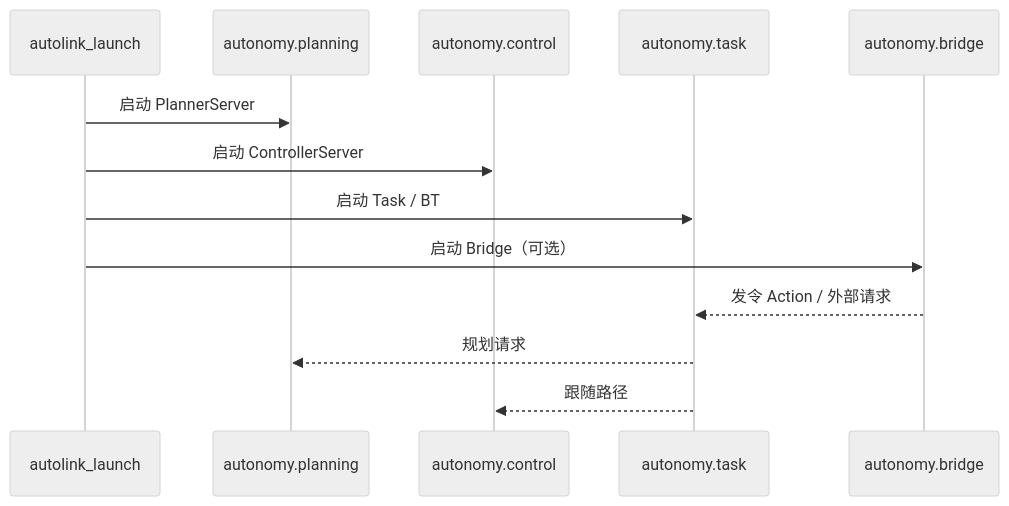
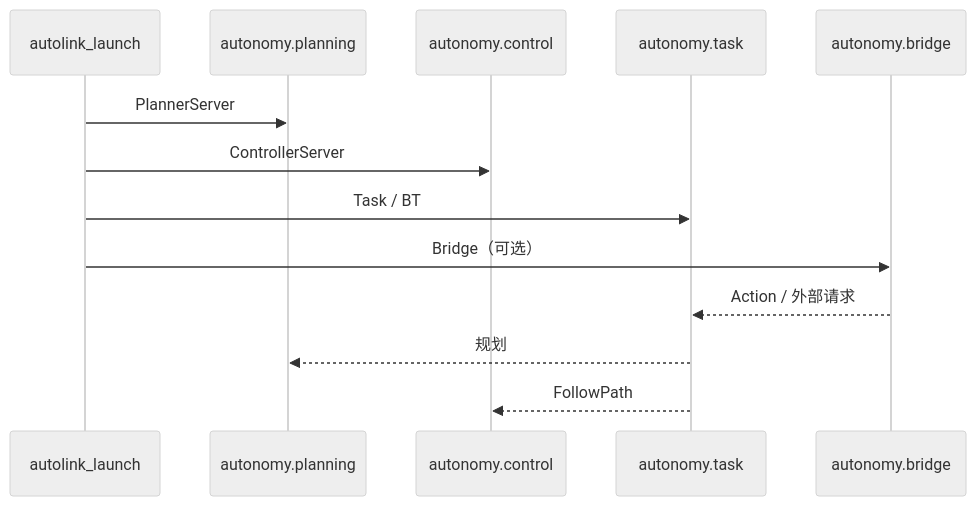
Before and after one commit to quandy2020/autonomy: the diagram in docs/source/05_Framework/03_architecture.md, drawn with Mermaid (neutral theme). The commit also changed other lines of this file and 278 other files, not shown here.

````diff
--- a/docs/source/05_Framework/03_architecture.md
+++ b/docs/source/05_Framework/03_architecture.md
@@ -86,16 +17,15 @@
 ```mermaid
 sequenceDiagram
-    participant L as autolink_launch
-    participant P as autonomy.planning
-    participant C as autonomy.control
-    participant T as autonomy.task
-    participant B as autonomy.bridge
-
-    L->>P: 启动 PlannerServer
-    L->>C: 启动 ControllerServer
-    L->>T: 启动 Task / BT
-    L->>B: 启动 Bridge（可选）
-    B-->>T: 发令 Action / 外部请求
-    T-->>P: 规划请求
-    T-->>C: 跟随路径
+participant L as autolink_launch
+participant P as autonomy.planning
+participant C as autonomy.control
+participant T as autonomy.task
+participant B as autonomy.bridge
+L->>P: PlannerServer
+L->>C: ControllerServer
+L->>T: Task / BT
+L->>B: Bridge（可选）
+B-->>T: Action / 外部请求
+T-->>P: 规划
+T-->>C: FollowPath
 ```
````
